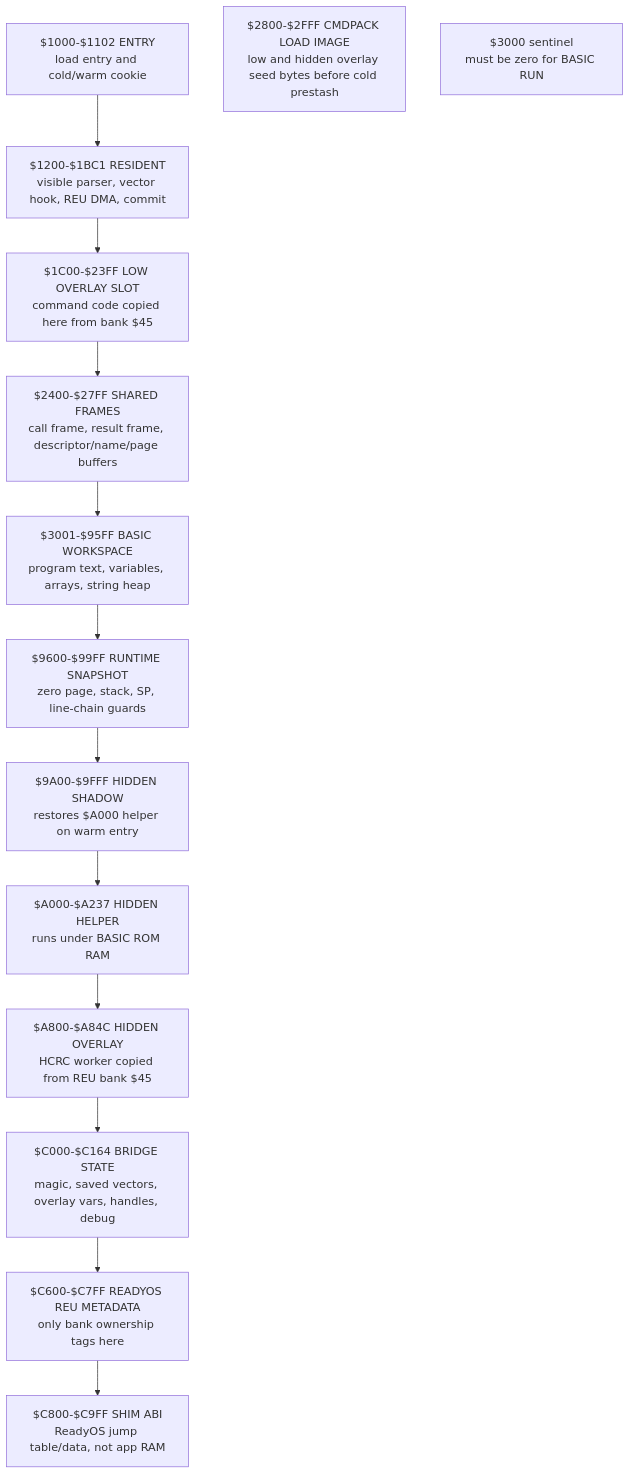
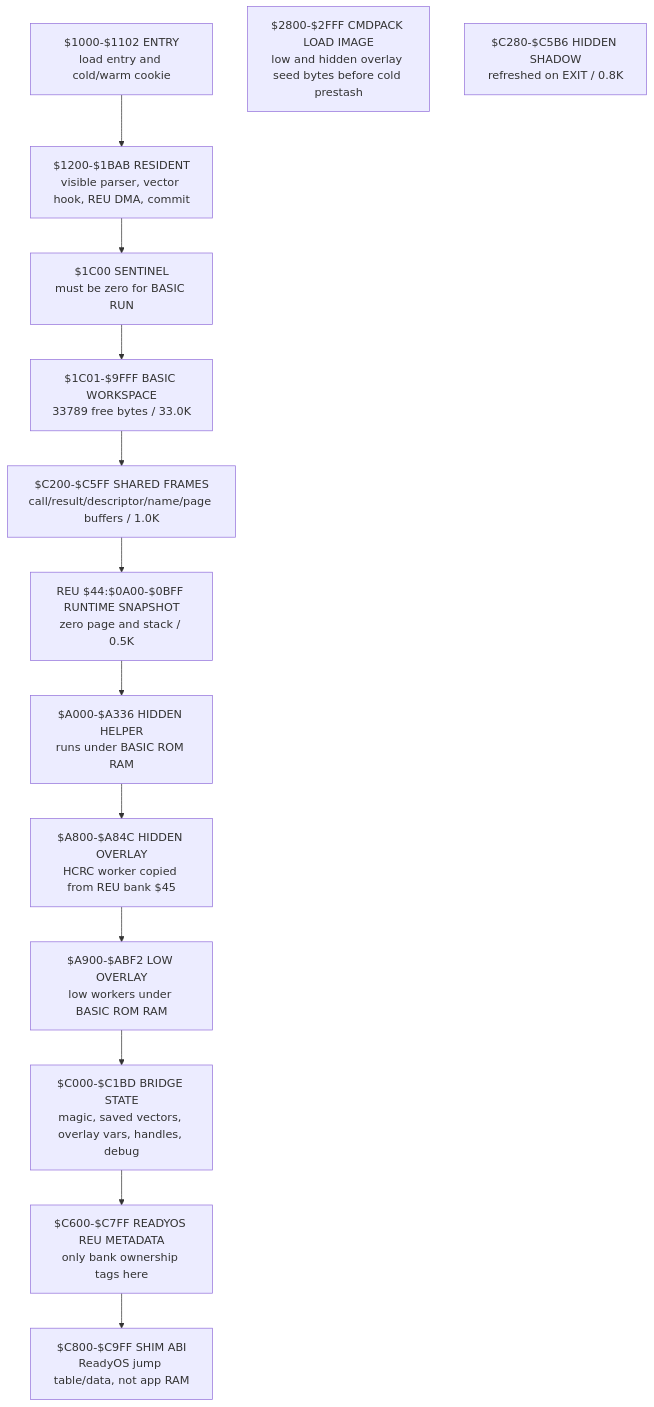
The first of 8 diagrams in src/apps/readybasic/READYBASIC_LIFECYCLE_AND_REU_ARCHITECTURE.md (123Onetwothree123/6502), drawn with Mermaid before and after one commit. The commit also changed other lines of this file and 9 other files, not shown here.

````diff
--- a/src/apps/readybasic/READYBASIC_LIFECYCLE_AND_REU_ARCHITECTURE.md
+++ b/src/apps/readybasic/READYBASIC_LIFECYCLE_AND_REU_ARCHITECTURE.md
@@ -93,20 +93,20 @@
 ```mermaid
 flowchart TB
   A["$1000-$1102 ENTRY<br/>load entry and cold/warm cookie"]
-  B["$1200-$1BC1 RESIDENT<br/>visible parser, vector hook, REU DMA, commit"]
-  C["$1C00-$23FF LOW OVERLAY SLOT<br/>command code copied here from bank $45"]
-  D["$2400-$27FF SHARED FRAMES<br/>call frame, result frame, descriptor/name/page buffers"]
+  B["$1200-$1BAB RESIDENT<br/>visible parser, vector hook, REU DMA, commit"]
+  C["$1C00 SENTINEL<br/>must be zero for BASIC RUN"]
+  D["$1C01-$9FFF BASIC WORKSPACE<br/>33789 free bytes / 33.0K"]
   E["$2800-$2FFF CMDPACK LOAD IMAGE<br/>low and hidden overlay seed bytes before cold prestash"]
-  F["$3000 sentinel<br/>must be zero for BASIC RUN"]
-  G["$3001-$95FF BASIC WORKSPACE<br/>program text, variables, arrays, string heap"]
-  H["$9600-$99FF RUNTIME SNAPSHOT<br/>zero page, stack, SP, line-chain guards"]
-  I["$9A00-$9FFF HIDDEN SHADOW<br/>restores $A000 helper on warm entry"]
-  J["$A000-$A237 HIDDEN HELPER<br/>runs under BASIC ROM RAM"]
+  F["REU $44:$0A00-$0BFF RUNTIME SNAPSHOT<br/>zero page and stack / 0.5K"]
+  G["$C200-$C5FF SHARED FRAMES<br/>call/result/descriptor/name/page buffers / 1.0K"]
+  I["$C280-$C5B6 HIDDEN SHADOW<br/>refreshed on EXIT / 0.8K"]
+  J["$A000-$A336 HIDDEN HELPER<br/>runs under BASIC ROM RAM"]
   K["$A800-$A84C HIDDEN OVERLAY<br/>HCRC worker copied from REU bank $45"]
-  L["$C000-$C164 BRIDGE STATE<br/>magic, saved vectors, overlay vars, handles, debug"]
+  O["$A900-$ABF2 LOW OVERLAY<br/>low workers under BASIC ROM RAM"]
+  L["$C000-$C1BD BRIDGE STATE<br/>magic, saved vectors, overlay vars, handles, debug"]
   M["$C600-$C7FF READYOS REU METADATA<br/>only bank ownership tags here"]
   N["$C800-$C9FF SHIM ABI<br/>ReadyOS jump table/data, not app RAM"]
 
   A --> B --> C --> D --> G
-  G --> H --> I --> J --> K --> L --> M --> N
+  G --> F --> J --> K --> O --> L --> M --> N
 ```
````
